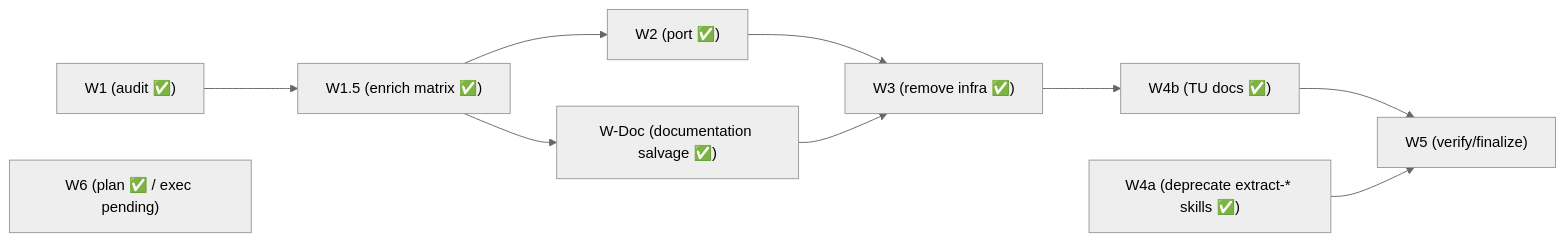
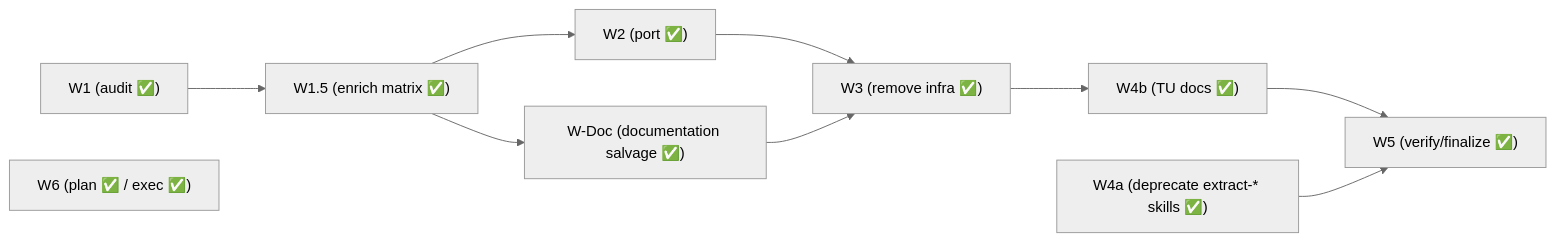
Before and after one commit to ruby-git/ruby-git: the diagram in redesign/Phase 4 - Step B.md, drawn with Mermaid (neutral theme). The commit also changed other lines of this file and 1 other file, not shown here.

````diff
--- a/redesign/Phase 4 - Step B.md
+++ b/redesign/Phase 4 - Step B.md
@@ -281,12 +281,12 @@
 ```mermaid
 flowchart LR
     W1["W1 (audit ✅)"] --> W15["W1.5 (enrich matrix ✅)"]
     W15 --> W2["W2 (port ✅)"]
     W15 --> WDoc["W-Doc (documentation salvage ✅)"]
     W2 --> W3["W3 (remove infra ✅)"]
     WDoc --> W3
     W3 --> W4b["W4b (TU docs ✅)"]
-    W4b --> W5["W5 (verify/finalize)"]
+    W4b --> W5["W5 (verify/finalize ✅)"]
     W4a["W4a (deprecate extract-* skills ✅)"] --> W5
-    W6["W6 (plan ✅ / exec pending)"]
+    W6["W6 (plan ✅ / exec ✅)"]
 ```
````
